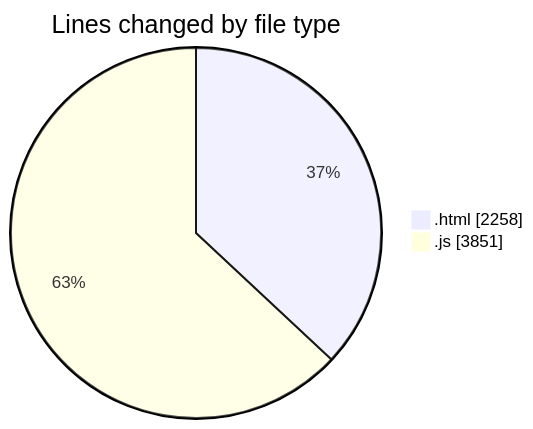
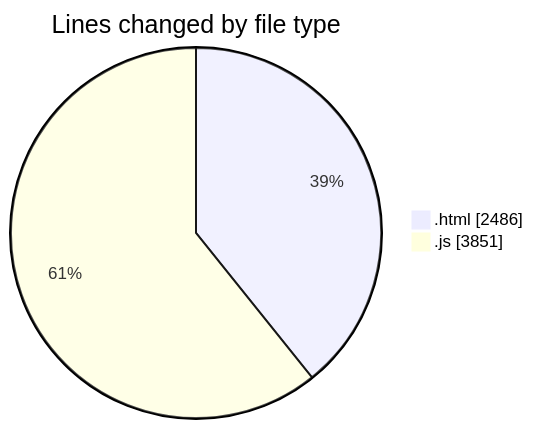
Before and after one commit to becaeroporto-bot/code-tracking: the first of 2 diagrams in 2026-02-19/bot_v1_2/README.md, drawn with Mermaid. The commit also changed other lines of this file and 1 other file, not shown here.

````diff
--- a/2026-02-19/bot_v1_2/README.md
+++ b/2026-02-19/bot_v1_2/README.md
@@ -28,6 +28,6 @@
 ```mermaid
 pie showData
 title Lines changed by file type
-".html" : 2258
+".html" : 2486
 ".js" : 3851
 ```
````
